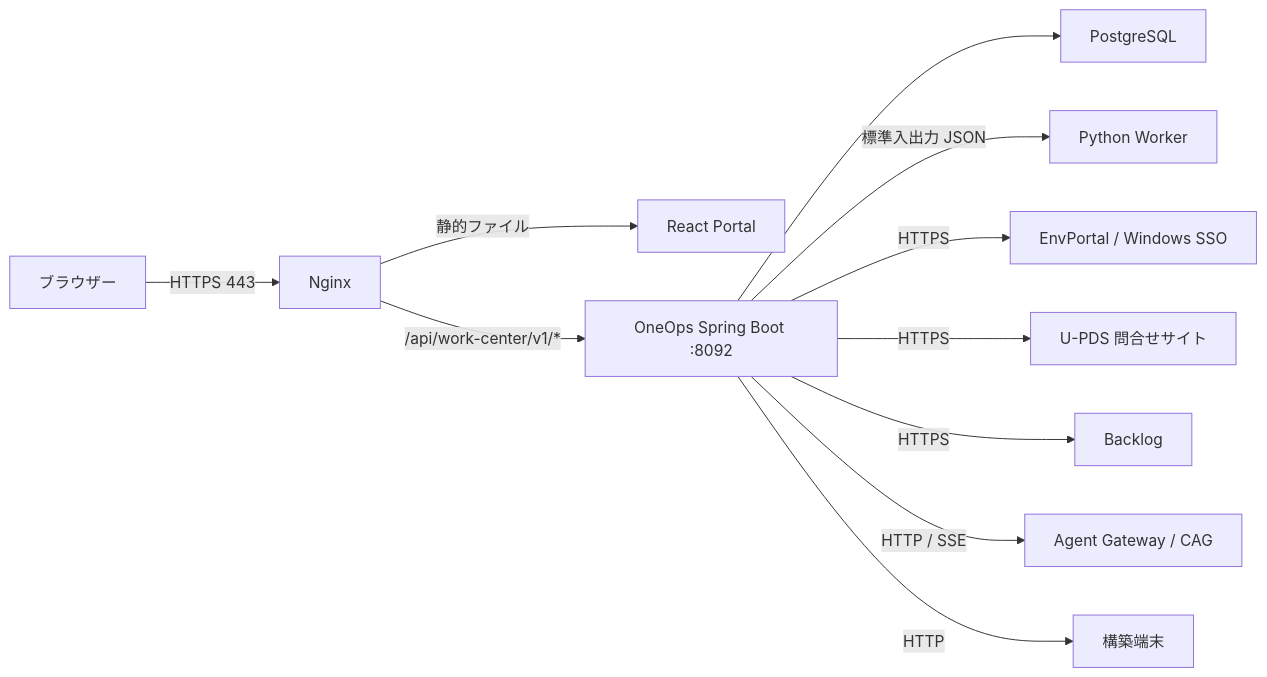
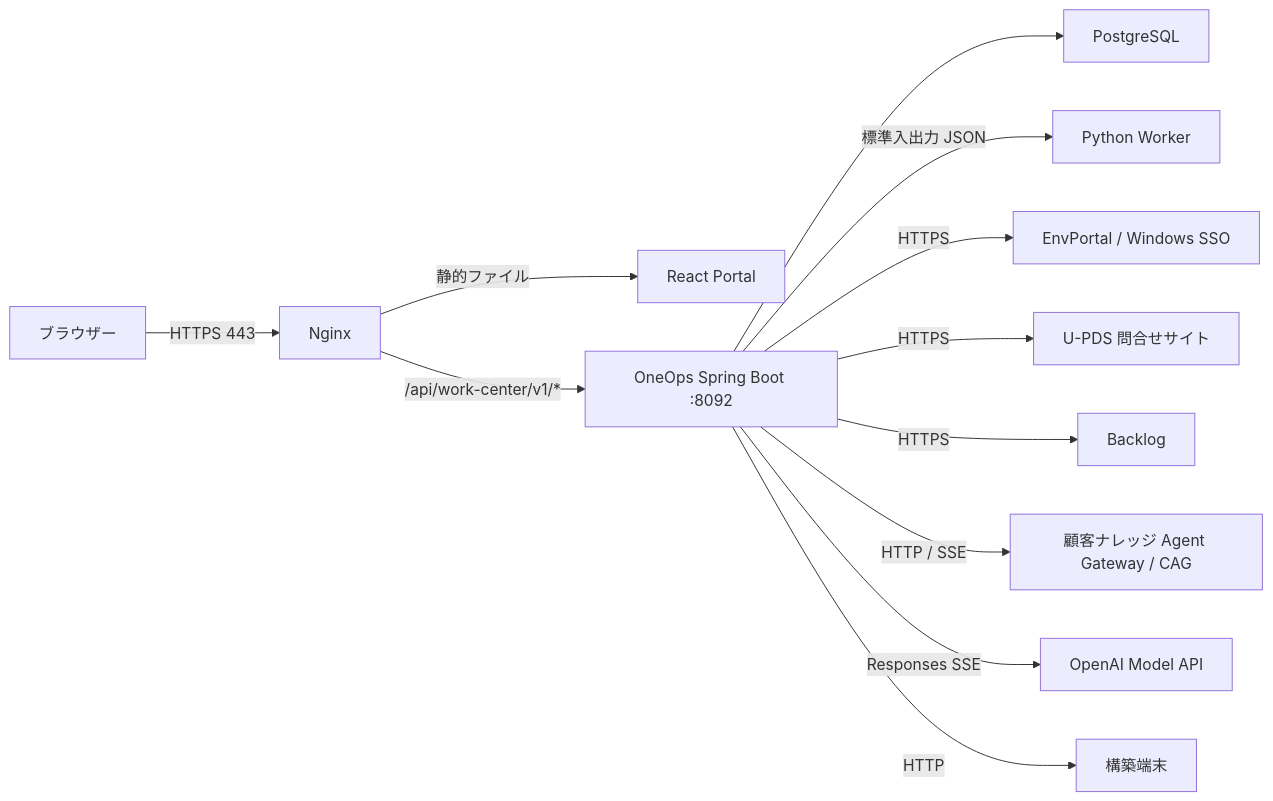
Before and after one commit to sunshaoxuan/oneops: the first of 4 diagrams in docs/SPRING_BOOT_BACKEND_DETAILED_DESIGN.md, drawn with Mermaid. The commit also changed other lines of this file and 67 other files, not shown here.

```diff
--- a/docs/SPRING_BOOT_BACKEND_DETAILED_DESIGN.md
+++ b/docs/SPRING_BOOT_BACKEND_DETAILED_DESIGN.md
@@ -58,13 +58,14 @@
 ~~~mermaid
 flowchart LR
     Browser["ブラウザー"] -->|"HTTPS 443"| Nginx["Nginx"]
     Nginx -->|"静的ファイル"| Portal["React Portal"]
     Nginx -->|"/api/work-center/v1/*"| Spring["OneOps Spring Boot :8092"]
     Spring --> DB["PostgreSQL"]
     Spring -->|"標準入出力 JSON"| Worker["Python Worker"]
     Spring -->|"HTTPS"| EnvPortal["EnvPortal / Windows SSO"]
     Spring -->|"HTTPS"| Inquiry["U-PDS 問合せサイト"]
     Spring -->|"HTTPS"| Backlog["Backlog"]
-    Spring -->|"HTTP / SSE"| CAG["Agent Gateway / CAG"]
+    Spring -->|"HTTP / SSE"| CAG["顧客ナレッジ Agent Gateway / CAG"]
+    Spring -->|"Responses SSE"| ModelApi["OpenAI Model API"]
     Spring -->|"HTTP"| BuilderTerminal["構築端末"]
 ~~~
```
